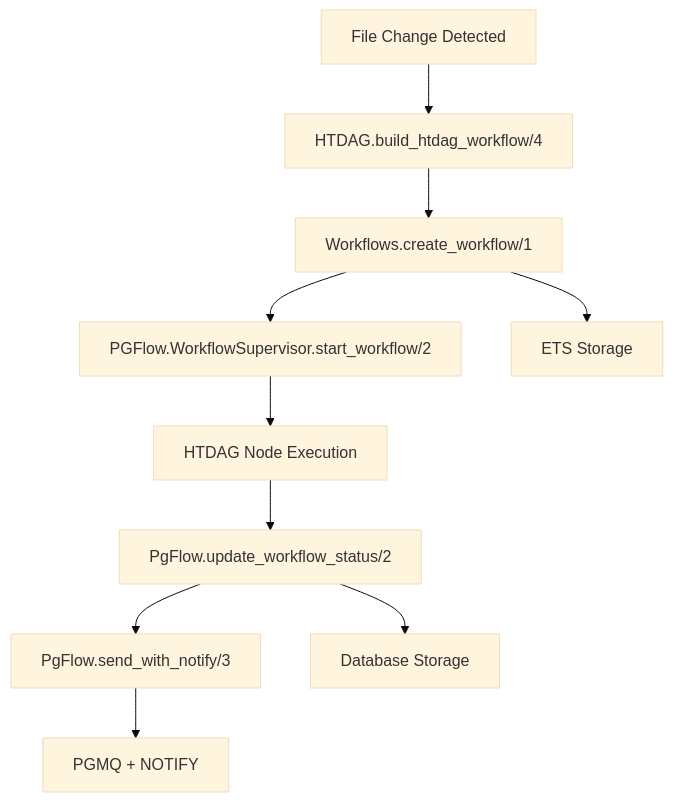
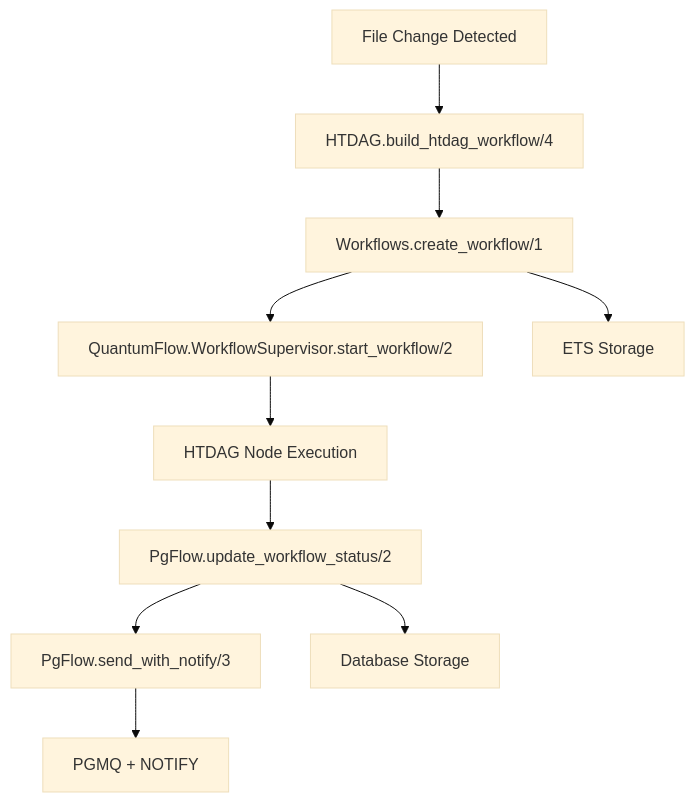
Before and after one commit to mikkihugo/ex_llm: the diagram in nexus/singularity/HTDAG_ARCHITECTURE_CLARIFICATION.md, drawn with Mermaid (base theme). The commit also changed other lines of this file and 289 other files, not shown here.

First line of the commit message:
Rename ex_pgflow package to ex_quantum_flow

````diff
--- a/nexus/singularity/HTDAG_ARCHITECTURE_CLARIFICATION.md
+++ b/nexus/singularity/HTDAG_ARCHITECTURE_CLARIFICATION.md
@@ -51,13 +51,13 @@
 ```mermaid
 graph TD
     A[File Change Detected] --> B[HTDAG.build_htdag_workflow/4]
     B --> C[Workflows.create_workflow/1]
-    C --> D[PGFlow.WorkflowSupervisor.start_workflow/2]
+    C --> D[QuantumFlow.WorkflowSupervisor.start_workflow/2]
     D --> E[HTDAG Node Execution]
     E --> F[PgFlow.update_workflow_status/2]
     F --> G[PgFlow.send_with_notify/3]
     
     C --> H[ETS Storage]
     F --> I[Database Storage]
     G --> J[PGMQ + NOTIFY]
 ```
````
